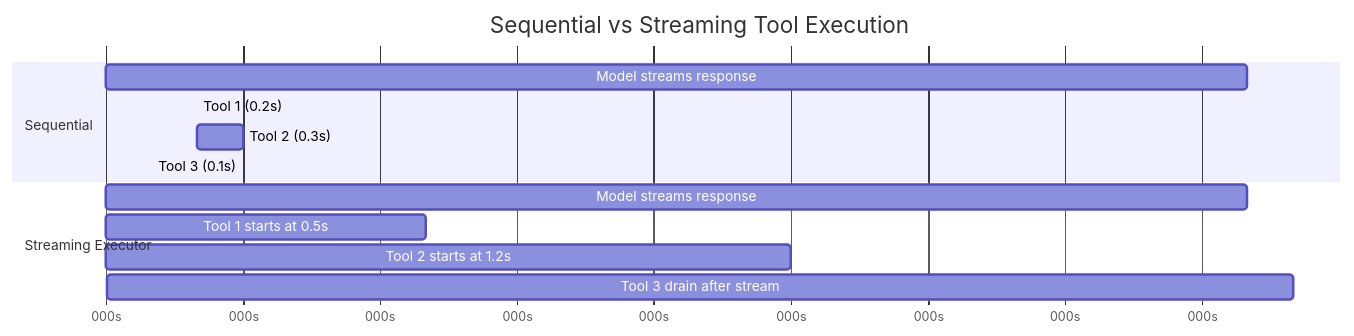
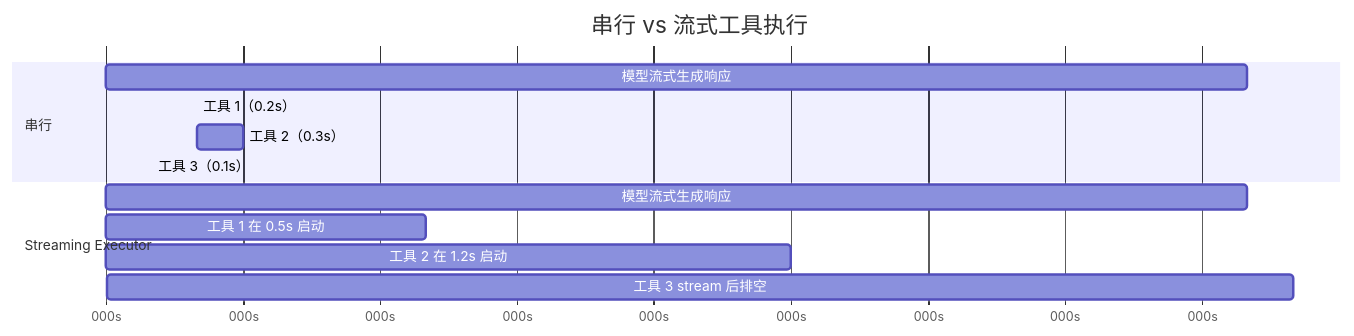
Before and after one commit to quanuanc/claude-code-from-source: the first of 2 diagrams in book-zh/ch07-concurrency.md, drawn with Mermaid. The commit also changed other lines of this file and 1 other file, not shown here.

````diff
--- a/book-zh/ch07-concurrency.md
+++ b/book-zh/ch07-concurrency.md
@@ -153,18 +146,18 @@
 ```mermaid
 gantt
-    title Sequential vs Streaming Tool Execution
+    title 串行 vs 流式工具执行
     dateFormat X
     axisFormat %Ls
 
-    section Sequential
-    Model streams response     :a1, 0, 2500
-    Tool 1 (0.2s)              :a2, after a1, 200
-    Tool 2 (0.3s)              :a3, after a2, 300
-    Tool 3 (0.1s)              :a4, after a3, 100
+    section 串行
+    模型流式生成响应     :a1, 0, 2500
+    工具 1（0.2s）              :a2, after a1, 200
+    工具 2（0.3s）              :a3, after a2, 300
+    工具 3（0.1s）              :a4, after a3, 100
 
     section Streaming Executor
-    Model streams response     :b1, 0, 2500
-    Tool 1 starts at 0.5s      :b2, 500, 700
-    Tool 2 starts at 1.2s      :b3, 1200, 1500
-    Tool 3 drain after stream  :b4, 2500, 2600
+    模型流式生成响应     :b1, 0, 2500
+    工具 1 在 0.5s 启动      :b2, 500, 700
+    工具 2 在 1.2s 启动      :b3, 1200, 1500
+    工具 3 stream 后排空  :b4, 2500, 2600
 ```
````
